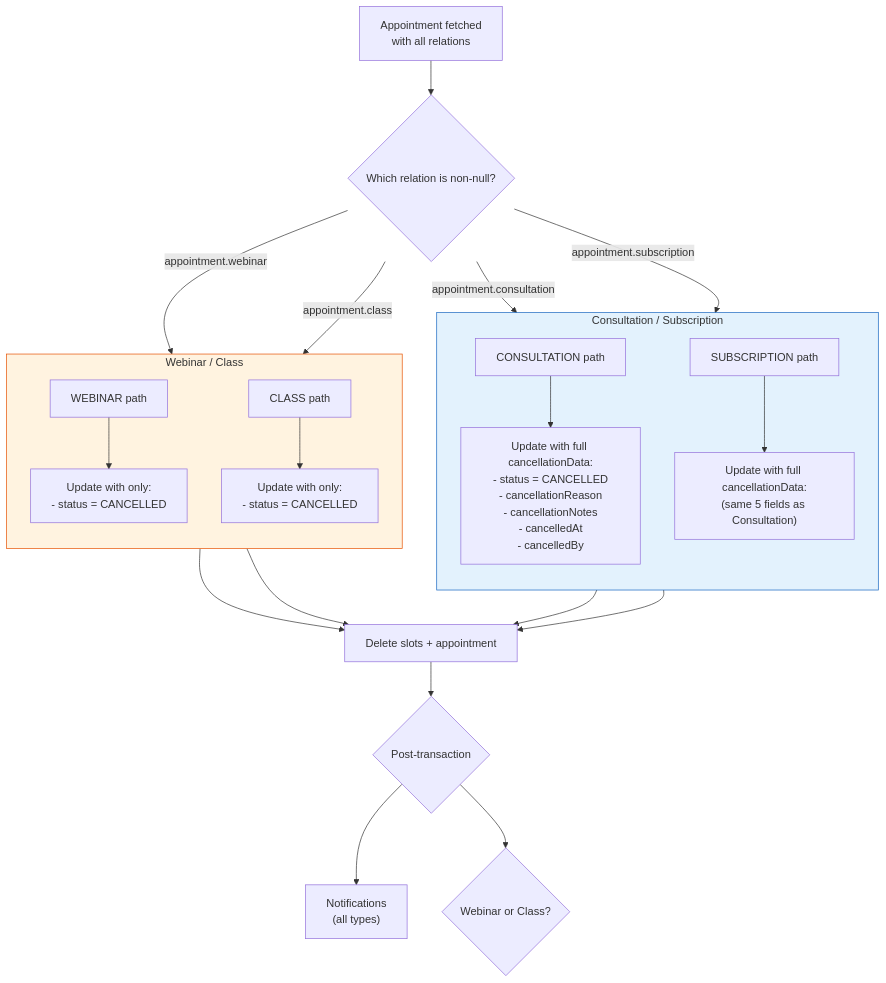
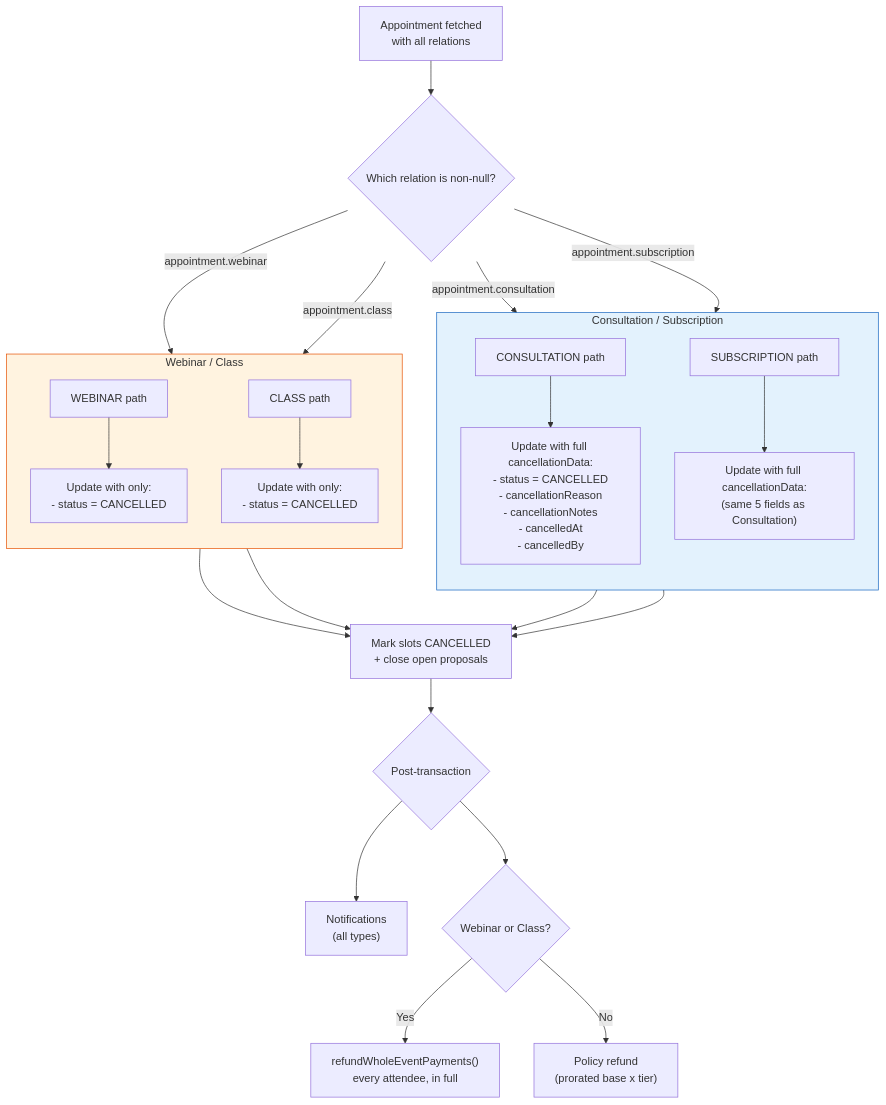
The sixth of 14 diagrams in docs/booking/08-cancellation-flow.md (Practitionist/familiarise_web), drawn with Mermaid before and after one commit. The commit also changed other lines of this file and 8 other files, not shown here.

````diff
--- a/docs/booking/08-cancellation-flow.md
+++ b/docs/booking/08-cancellation-flow.md
@@ -577,33 +697,35 @@
 ```mermaid
 flowchart TD
     A["Appointment fetched\nwith all relations"] --> B{Which relation is non-null?}
 
     B -->|"appointment.consultation"| C["CONSULTATION path"]
     B -->|"appointment.subscription"| D["SUBSCRIPTION path"]
     B -->|"appointment.webinar"| E["WEBINAR path"]
     B -->|"appointment.class"| F["CLASS path"]
 
     subgraph Consultation["Consultation / Subscription"]
         direction TB
         C --> C1["Update with full cancellationData:\n- status = CANCELLED\n- cancellationReason\n- cancellationNotes\n- cancelledAt\n- cancelledBy"]
         D --> D1["Update with full cancellationData:\n(same 5 fields as Consultation)"]
     end
 
     subgraph GroupEvent["Webinar / Class"]
         direction TB
         E --> E1["Update with only:\n- status = CANCELLED"]
         F --> F1["Update with only:\n- status = CANCELLED"]
     end
 
-    C1 --> G["Delete slots + appointment"]
+    C1 --> G["Mark slots CANCELLED\n+ close open proposals"]
     D1 --> G
     E1 --> G
     F1 --> G
 
     G --> H{Post-transaction}
     H --> I["Notifications\n(all types)"]
     H --> J{Webinar or Class?}
+    J -->|Yes| J1["refundWholeEventPayments()\nevery attendee, in full"]
+    J -->|No| J2["Policy refund\n(prorated base x tier)"]
 
     style Consultation fill:#e3f2fd,stroke:#1565c0
     style GroupEvent fill:#fff3e0,stroke:#e65100
 ```
````
